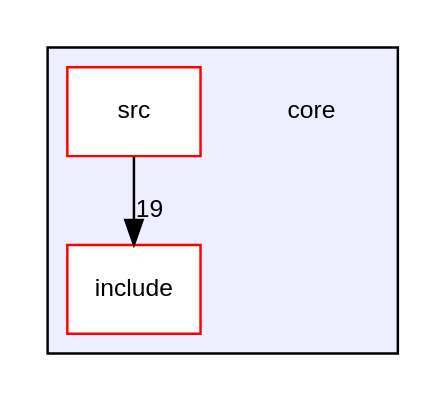
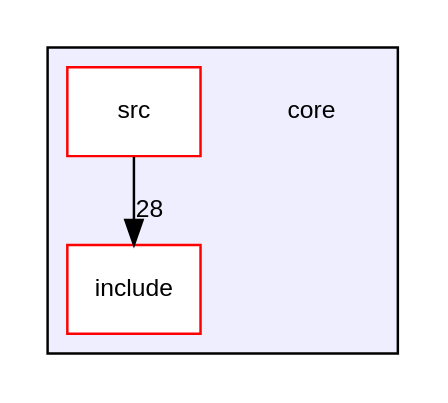
The diagram in docs/dir_4270bfced15e0e73154b13468c7c9ad9_dep.dot (Germanvelardez2018/simo.v2), drawn with Graphviz before and after one commit. The commit also changed 212 other files, not shown here.

```diff
--- a/docs/dir_4270bfced15e0e73154b13468c7c9ad9_dep.dot
+++ b/docs/dir_4270bfced15e0e73154b13468c7c9ad9_dep.dot
@@ -1,12 +1,12 @@
 digraph "core" {
   compound=true
   node [ fontsize="10", fontname="Helvetica"];
   edge [ labelfontsize="10", labelfontname="Helvetica"];
   subgraph clusterdir_4270bfced15e0e73154b13468c7c9ad9 {
     graph [ bgcolor="#eeeeff", pencolor="black", label="" URL="dir_4270bfced15e0e73154b13468c7c9ad9.html"];
     dir_4270bfced15e0e73154b13468c7c9ad9 [shape=plaintext label="core"];
     dir_24d671cfcbc5d5238a6bd565a49d198f [shape=box label="include" color="red" fillcolor="white" style="filled" URL="dir_24d671cfcbc5d5238a6bd565a49d198f.html"];
     dir_90fd98a0ba30abf7a6068a44995d2d6b [shape=box label="src" color="red" fillcolor="white" style="filled" URL="dir_90fd98a0ba30abf7a6068a44995d2d6b.html"];
   }
-  dir_90fd98a0ba30abf7a6068a44995d2d6b->dir_24d671cfcbc5d5238a6bd565a49d198f [headlabel="19", labeldistance=1.5 headhref="dir_000009_000001.html"];
+  dir_90fd98a0ba30abf7a6068a44995d2d6b->dir_24d671cfcbc5d5238a6bd565a49d198f [headlabel="28", labeldistance=1.5 headhref="dir_000011_000001.html"];
 }
```
